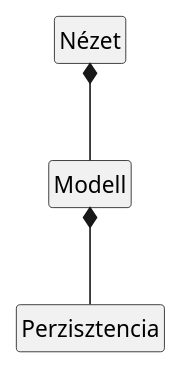
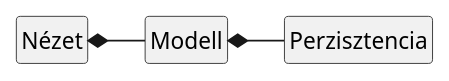
Before and after one commit to pecku/szakdoga: the diagram in docs/architecture.puml, drawn with PlantUML. The commit also changed 11 other files, not shown here.

```diff
--- a/docs/architecture.puml
+++ b/docs/architecture.puml
@@ -1,15 +1,15 @@
 @startuml Architecture
 
 skinparam Monochrome true
 skinparam linetype ortho
 hide circle
 hide class methods
 hide class members
 
 class Nézet
 
-Nézet *-- Modell
-Modell *-- Perzisztencia
+Nézet *-right- Modell
+Modell *-right- Perzisztencia
 
 
 @enduml
```
